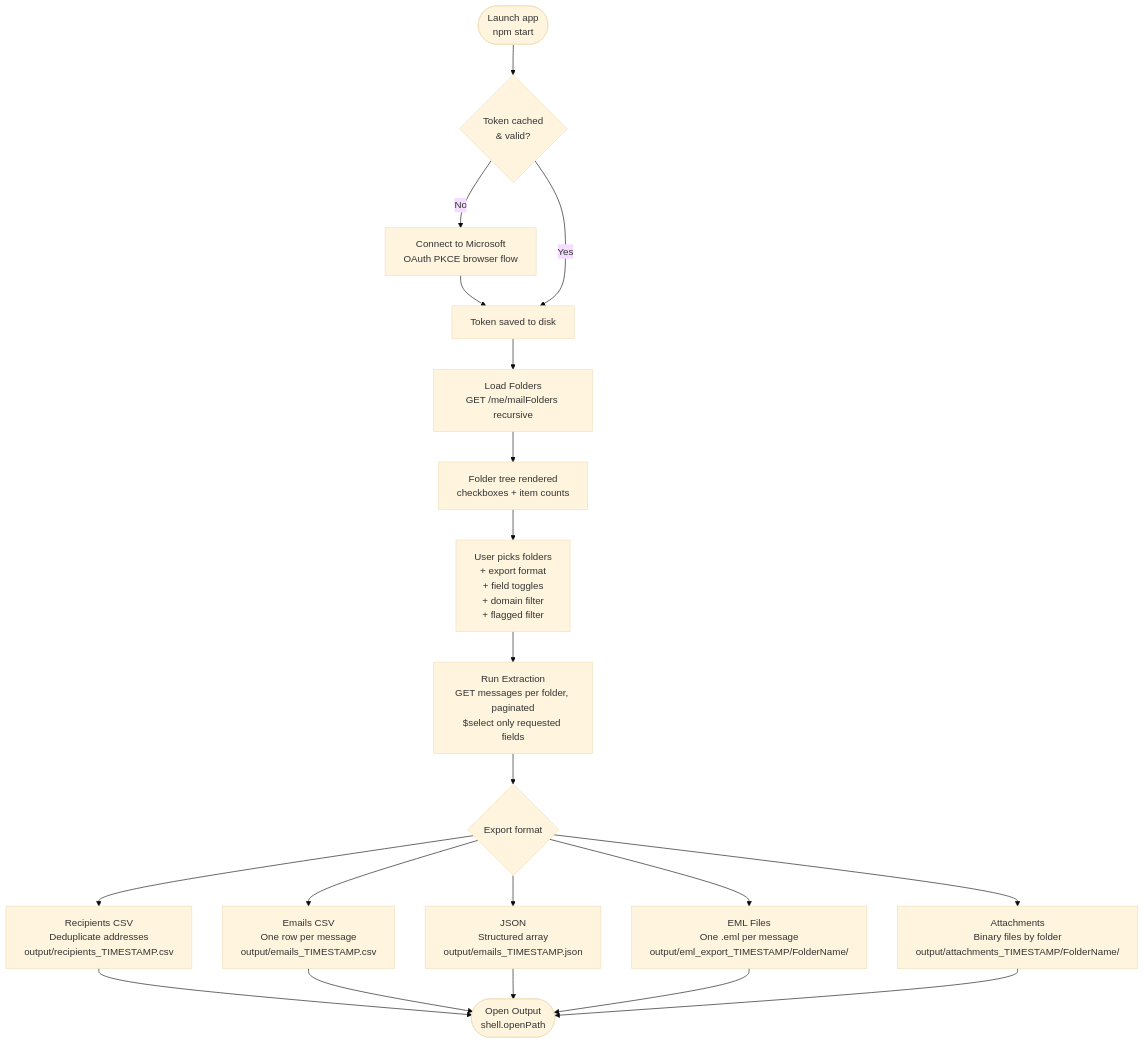
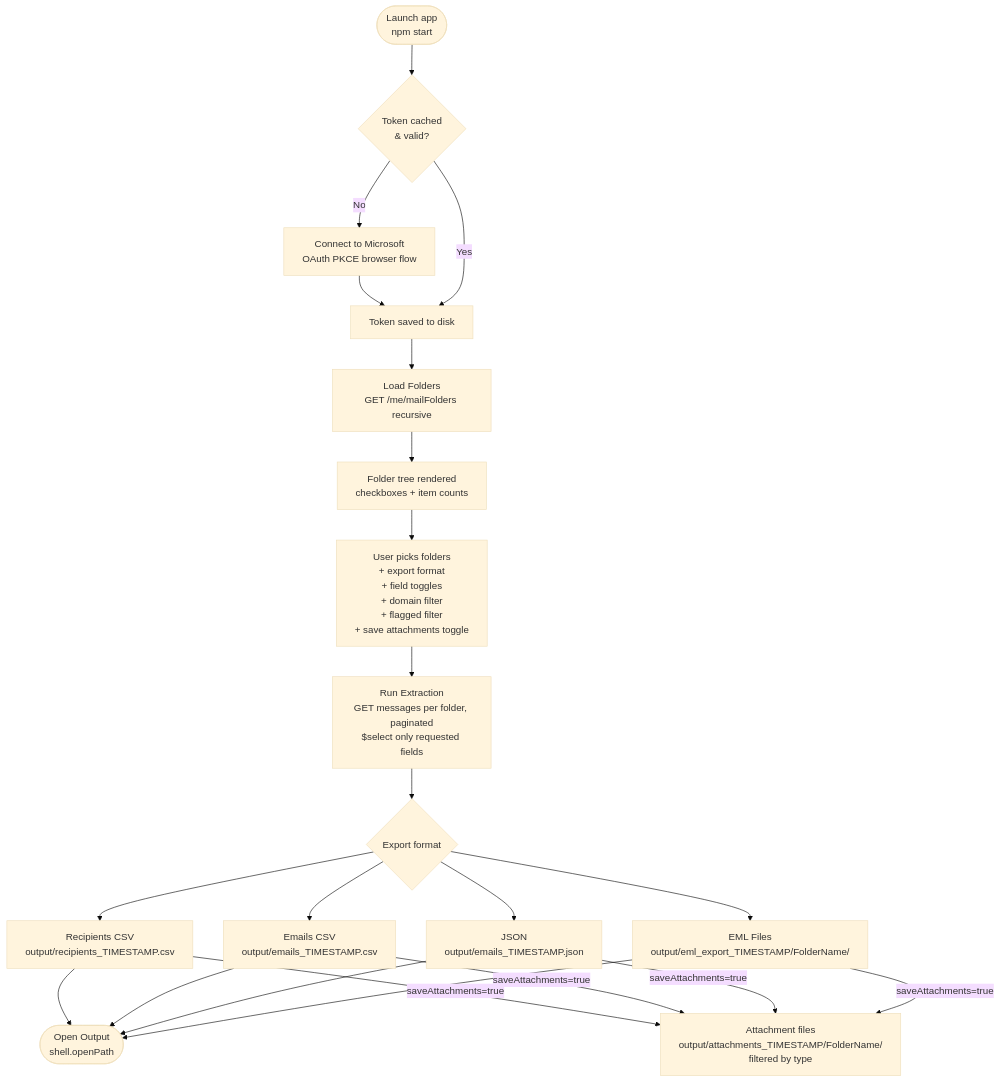
The third of 3 diagrams in Docs/Architecture.md (aairom/outlook-bob), drawn with Mermaid (base theme) before and after one commit. The commit also changed other lines of this file and 5 other files, not shown here.

````diff
--- a/Docs/Architecture.md
+++ b/Docs/Architecture.md
@@ -84,18 +84,18 @@
 ```mermaid
 flowchart TD
     A([Launch app\nnpm start]) --> B{Token cached\n& valid?}
     B -- No --> C[Connect to Microsoft\nOAuth PKCE browser flow]
     C --> D[Token saved to disk]
     B -- Yes --> D
     D --> E[Load Folders\nGET /me/mailFolders recursive]
     E --> F[Folder tree rendered\ncheckboxes + item counts]
-    F --> G[User picks folders\n+ export format\n+ field toggles\n+ domain filter\n+ flagged filter]
+    F --> G[User picks folders\n+ export format\n+ field toggles\n+ domain filter\n+ flagged filter\n+ save attachments toggle]
     G --> H[Run Extraction\nGET messages per folder, paginated\n$select only requested fields]
     H --> I{Export format}
-    I --> J1["Recipients CSV\nDeduplicate addresses\noutput/recipients_TIMESTAMP.csv"]
-    I --> J2["Emails CSV\nOne row per message\noutput/emails_TIMESTAMP.csv"]
-    I --> J3["JSON\nStructured array\noutput/emails_TIMESTAMP.json"]
-    I --> J4["EML Files\nOne .eml per message\noutput/eml_export_TIMESTAMP/FolderName/"]
-    I --> J5["Attachments\nBinary files by folder\noutput/attachments_TIMESTAMP/FolderName/"]
-    J1 & J2 & J3 & J4 & J5 --> K([Open Output\nshell.openPath])
+    I --> J1["Recipients CSV\noutput/recipients_TIMESTAMP.csv"]
+    I --> J2["Emails CSV\noutput/emails_TIMESTAMP.csv"]
+    I --> J3["JSON\noutput/emails_TIMESTAMP.json"]
+    I --> J4["EML Files\noutput/eml_export_TIMESTAMP/FolderName/"]
+    J1 & J2 & J3 & J4 --> K([Open Output\nshell.openPath])
+    J1 & J2 & J3 & J4 -->|saveAttachments=true| ATT["Attachment files\noutput/attachments_TIMESTAMP/FolderName/\nfiltered by type"]
 ```
````
